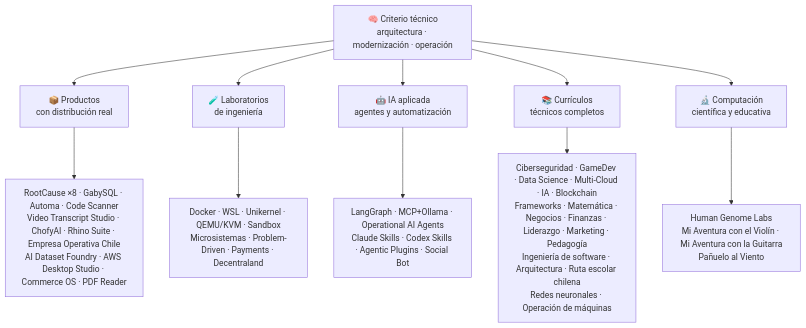
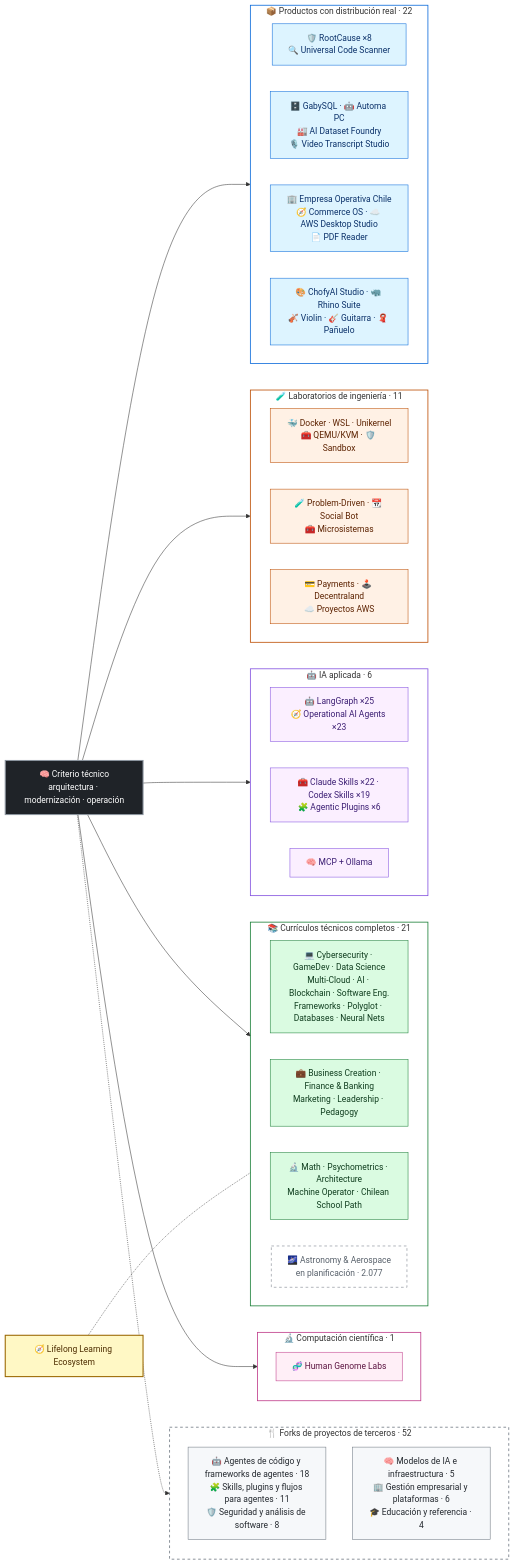
The diagram in README.md (vladimiracunadev-create/vladimiracunadev-create), drawn with Mermaid before and after one commit. The commit also changed other lines of this file and 43 other files, not shown here.

````diff
--- a/README.md
+++ b/README.md
@@ -152,14 +153,63 @@
 ```mermaid
-flowchart TD
-    A["🧠 Criterio técnico<br/>arquitectura · modernización · operación"] --> B["📦 Productos<br/>con distribución real"]
-    A --> C["🧪 Laboratorios<br/>de ingeniería"]
-    A --> D["🤖 IA aplicada<br/>agentes y automatización"]
-    A --> E["📚 Currículos<br/>técnicos completos"]
-    A --> F["🔬 Computación<br/>científica y educativa"]
+flowchart LR
+    CORE["🧠 Criterio técnico<br/>arquitectura · modernización · operación"]:::core
 
-    B --> B1["RootCause ×8 · GabySQL · Automa · Code Scanner<br/>Video Transcript Studio · ChofyAI · Rhino Suite · Empresa Operativa Chile<br/>AI Dataset Foundry · AWS Desktop Studio · Commerce OS · PDF Reader"]
-    C --> C1["Docker · WSL · Unikernel · QEMU/KVM · Sandbox<br/>Microsistemas · Problem-Driven · Payments · Decentraland"]
-    D --> D1["LangGraph · MCP+Ollama · Operational AI Agents<br/>Claude Skills · Codex Skills · Agentic Plugins · Social Bot"]
-    E --> E1["Ciberseguridad · GameDev · Data Science · Multi-Cloud · IA · Blockchain<br/>Frameworks · Matemática · Negocios · Finanzas · Liderazgo · Marketing · Pedagogía<br/>Ingeniería de software · Arquitectura · Ruta escolar chilena<br/>Redes neuronales · Operación de máquinas"]
-    F --> F1["Human Genome Labs<br/>Mi Aventura con el Violín · Mi Aventura con la Guitarra<br/>Pañuelo al Viento"]
+    subgraph P["📦 Productos con distribución real · 22"]
+        direction LR
+        P1["🛡️ RootCause ×8<br/>🔍 Universal Code Scanner"]:::prod
+        P2["🗄️ GabySQL · 🤖 Automa PC<br/>🏭 AI Dataset Foundry<br/>🎙️ Video Transcript Studio"]:::prod
+        P3["🏢 Empresa Operativa Chile<br/>🧭 Commerce OS · ☁️ AWS Desktop Studio<br/>📄 PDF Reader"]:::prod
+        P4["🎨 ChofyAI Studio · 🦏 Rhino Suite<br/>🎻 Violin · 🎸 Guitarra · 🧣 Pañuelo"]:::prod
+    end
+    subgraph L["🧪 Laboratorios de ingeniería · 11"]
+        direction LR
+        L1["🐳 Docker · WSL · Unikernel<br/>🧰 QEMU/KVM · 🛡️ Sandbox"]:::lab
+        L2["🧪 Problem-Driven · 📆 Social Bot<br/>🧰 Microsistemas"]:::lab
+        L3["💳 Payments · 🕹️ Decentraland<br/>☁️ Proyectos AWS"]:::lab
+    end
+    subgraph I["🤖 IA aplicada · 6"]
+        direction LR
+        I1["🤖 LangGraph ×25<br/>🧭 Operational AI Agents ×23"]:::ai
+        I2["🧰 Claude Skills ×22 · Codex Skills ×19<br/>🧩 Agentic Plugins ×6"]:::ai
+        I3["🧠 MCP + Ollama"]:::ai
+    end
+    subgraph C["📚 Currículos técnicos completos · 21"]
+        direction LR
+        C1["💻 Cybersecurity · GameDev · Data Science<br/>Multi-Cloud · AI · Blockchain · Software Eng.<br/>Frameworks · Polyglot · Databases · Neural Nets"]:::cur
+        C2["💼 Business Creation · Finance & Banking<br/>Marketing · Leadership · Pedagogy"]:::cur
+        C3["🔬 Math · Psychometrics · Architecture<br/>Machine Operator · Chilean School Path"]:::cur
+        C4["🌌 Astronomy & Aerospace<br/>en planificación · 2.077"]:::plan
+    end
+    LL["🧭 Lifelong Learning Ecosystem"]:::core2
+    subgraph S["🔬 Computación científica · 1"]
+        S1["🧬 Human Genome Labs"]:::sci
+    end
+    subgraph F["🍴 Forks de proyectos de terceros · 52"]
+        F1["🤖 Agentes de código y frameworks de agentes · 18<br/>🧩 Skills, plugins y flujos para agentes · 11<br/>🛡️ Seguridad y análisis de software · 8"]:::fork
+        F2["🧠 Modelos de IA e infraestructura · 5<br/>🏢 Gestión empresarial y plataformas · 6<br/>🎓 Educación y referencia · 4"]:::fork
+    end
+
+    CORE --> P
+    CORE --> L
+    CORE --> I
+    CORE --> C
+    CORE --> S
+    CORE -.-> F
+    LL -.- C
+
+    classDef core fill:#1f2328,stroke:#8b949e,color:#ffffff,stroke-width:2px
+    classDef core2 fill:#fff8c5,stroke:#9a6700,color:#4d2d00,stroke-width:2px
+    classDef prod fill:#ddf4ff,stroke:#0969da,color:#0a3069
+    classDef lab fill:#fff1e5,stroke:#bc4c00,color:#5c2200
+    classDef ai fill:#fbefff,stroke:#8250df,color:#3b1d73
+    classDef cur fill:#dafbe1,stroke:#1a7f37,color:#0f3d1e
+    classDef sci fill:#ffeff7,stroke:#bf3989,color:#5c1541
+    classDef fork fill:#f6f8fa,stroke:#6e7781,color:#24292f
+    classDef plan fill:#ffffff,stroke:#6e7781,color:#57606a,stroke-dasharray:5 5
+    style P fill:none,stroke:#0969da,stroke-width:1.5px
+    style L fill:none,stroke:#bc4c00,stroke-width:1.5px
+    style I fill:none,stroke:#8250df,stroke-width:1.5px
+    style C fill:none,stroke:#1a7f37,stroke-width:1.5px
+    style S fill:none,stroke:#bf3989,stroke-width:1.5px
+    style F fill:none,stroke:#6e7781,stroke-width:1.5px,stroke-dasharray:5 5
 ```
````
